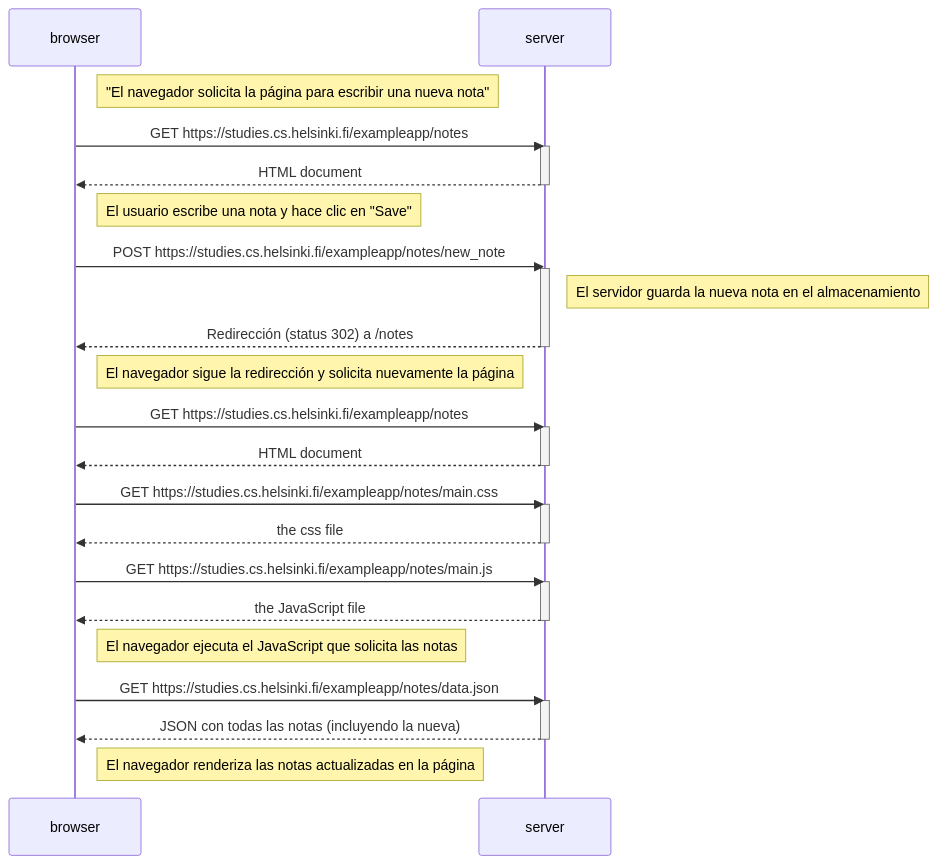
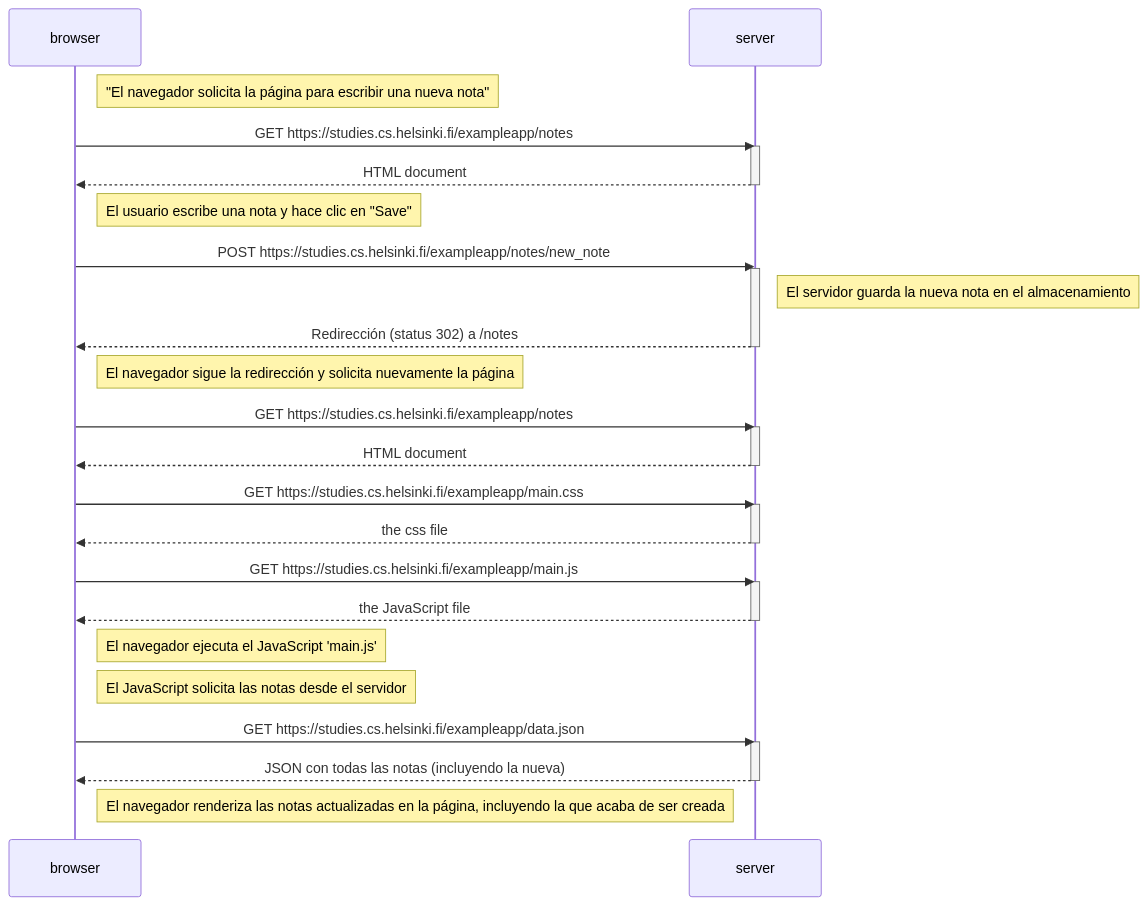
Before and after one commit to mauroperez055/fullstack-open-exercises: the diagram in part0/0.4.md, drawn with Mermaid.

Commit message:
Actualizo contenido del ejercicio 0.4

````diff
--- a/part0/0.4.md
+++ b/part0/0.4.md
@@ -4,46 +4,47 @@
 ```mermaid
 sequenceDiagram
     participant browser
     participant server
 
     Note right of browser: "El navegador solicita la página para escribir una nueva nota"
     browser->>server: GET https://studies.cs.helsinki.fi/exampleapp/notes
     activate server
 
     server-->>browser: HTML document
     deactivate server
 
     Note right of browser: El usuario escribe una nota y hace clic en "Save"
 
     browser->>server: POST https://studies.cs.helsinki.fi/exampleapp/notes/new_note
     activate server
     Note right of server: El servidor guarda la nueva nota en el almacenamiento
     server-->>browser: Redirección (status 302) a /notes
     deactivate server
 
     Note right of browser: El navegador sigue la redirección y solicita nuevamente la página
 
     browser->>server: GET https://studies.cs.helsinki.fi/exampleapp/notes
     activate server
     server-->>browser: HTML document
     deactivate server
 
-    browser->>server: GET https://studies.cs.helsinki.fi/exampleapp/notes/main.css
+    browser->>server: GET https://studies.cs.helsinki.fi/exampleapp/main.css
     activate server
     server-->>browser: the css file
     deactivate server
 
-    browser->>server: GET https://studies.cs.helsinki.fi/exampleapp/notes/main.js
+    browser->>server: GET https://studies.cs.helsinki.fi/exampleapp/main.js
     activate server
     server-->>browser: the JavaScript file
     deactivate server
 
-    Note right of browser: El navegador ejecuta el JavaScript que solicita las notas
+    Note right of browser: El navegador ejecuta el JavaScript 'main.js'
+    Note right of browser: El JavaScript solicita las notas desde el servidor
 
-    browser->>server: GET https://studies.cs.helsinki.fi/exampleapp/notes/data.json
+    browser->>server: GET https://studies.cs.helsinki.fi/exampleapp/data.json
     activate server
     server-->>browser: JSON con todas las notas (incluyendo la nueva)
     deactivate server
 
-    Note right of browser: El navegador renderiza las notas actualizadas en la página
+    Note right of browser: El navegador renderiza las notas actualizadas en la página, incluyendo la que acaba de ser creada
 ```
````
